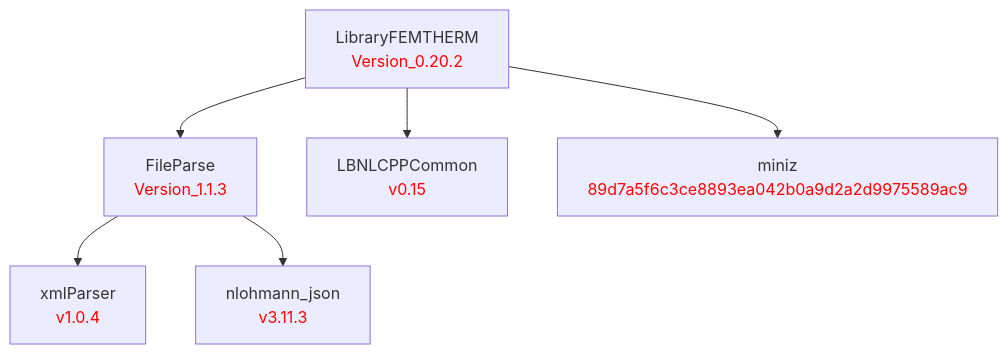
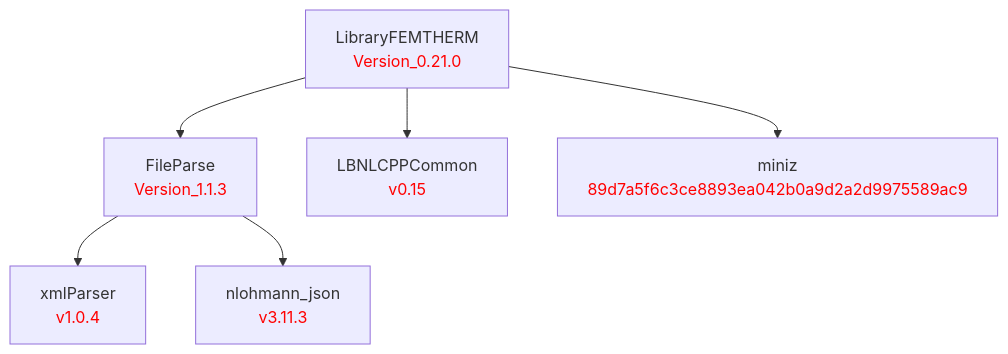
The diagram in doc/LibraryFEMTHERM.md (LBNL-ETA/LibraryFEMTherm), drawn with Mermaid before and after one commit. The commit also changed 1 other file, not shown here.

Commit message:
Bump to 0.21.0

````diff
--- a/doc/LibraryFEMTHERM.md
+++ b/doc/LibraryFEMTHERM.md
@@ -1,17 +1,17 @@
 ```mermaid
 graph TD
     %% Package definitions
     xmlParser[xmlParser<br/><font color='red'>v1.0.4</font>]
     nlohmann_json[nlohmann_json<br/><font color='red'>v3.11.3</font>]
     FileParse[FileParse<br/><font color='red'>Version_1.1.3</font>]
     LBNLCPPCommon[LBNLCPPCommon<br/><font color='red'>v0.15</font>]
     miniz[miniz<br/><font color='red'>89d7a5f6c3ce8893ea042b0a9d2a2d9975589ac9</font>]
-    LibraryFEMTHERM[LibraryFEMTHERM<br/><font color='red'>Version_0.20.2</font>]
+    LibraryFEMTHERM[LibraryFEMTHERM<br/><font color='red'>Version_0.21.0</font>]
 
     %% Package relations
     LibraryFEMTHERM --> FileParse
     LibraryFEMTHERM --> LBNLCPPCommon
     LibraryFEMTHERM --> miniz
     FileParse --> xmlParser
     FileParse --> nlohmann_json
 ```
````
